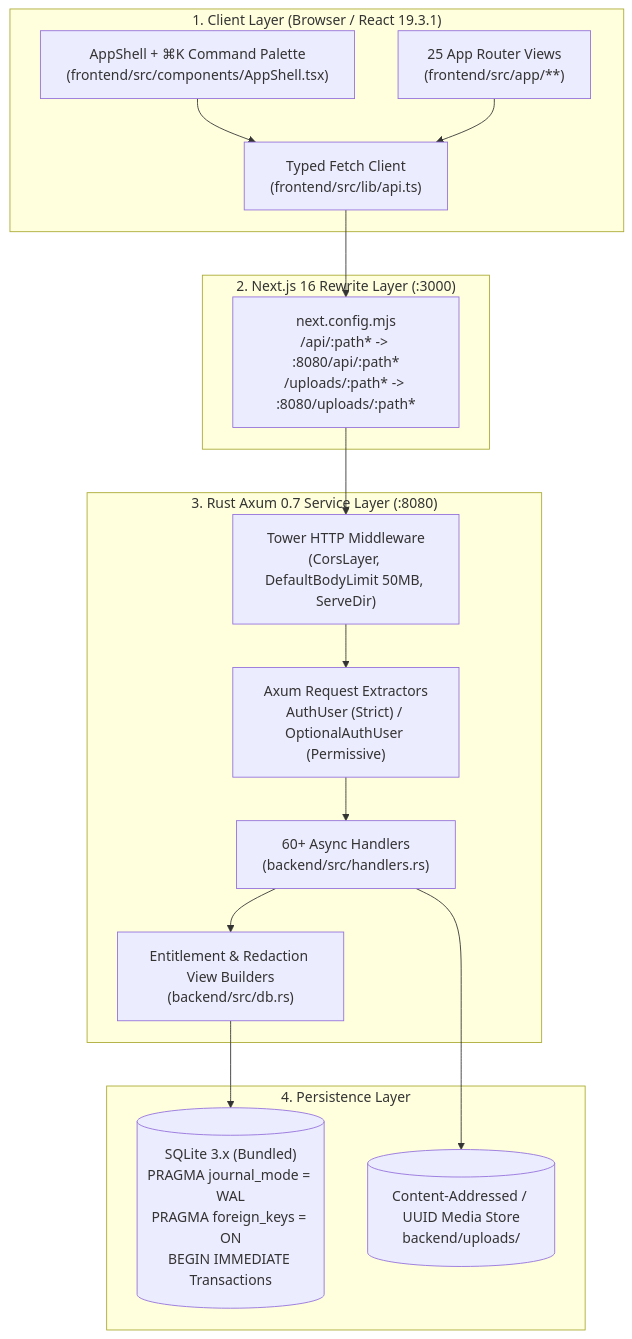
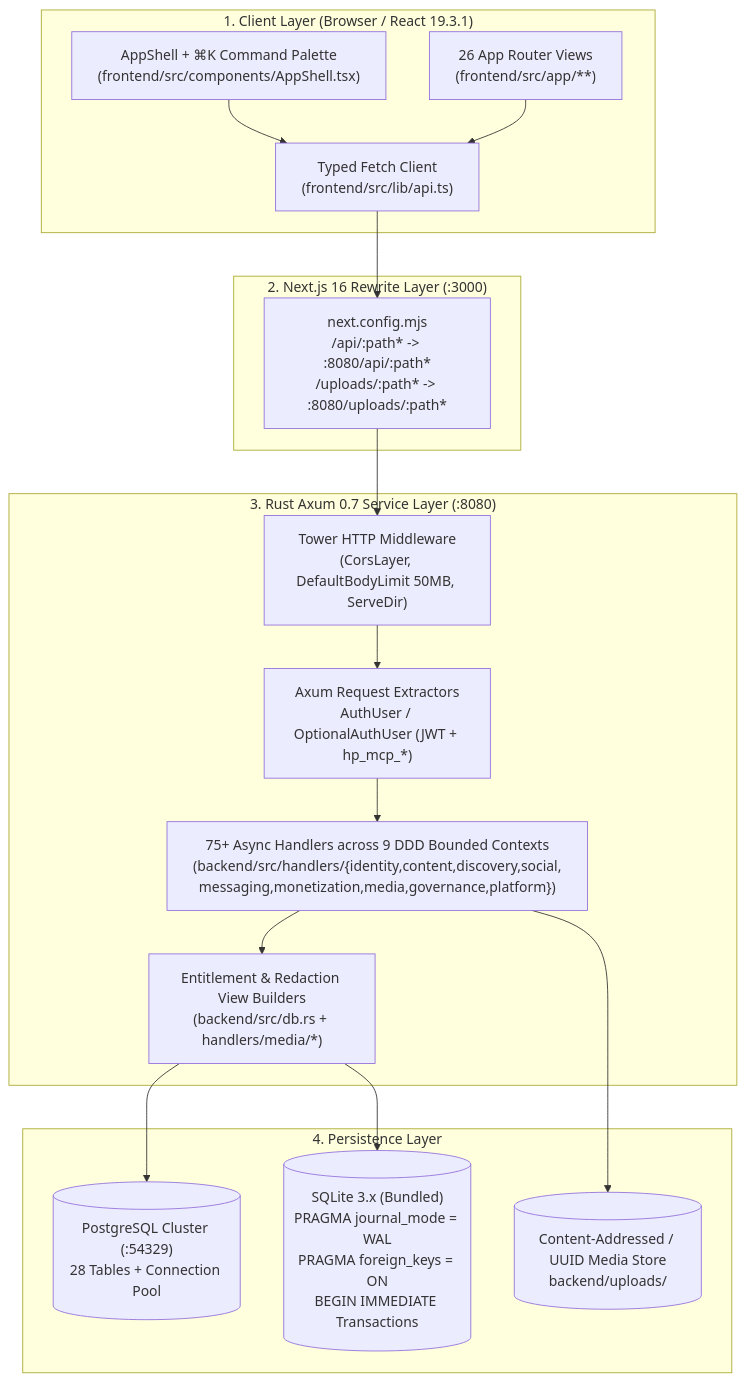
Before and after one commit to CardSorting/HEAV3NS-PUBLISHING: the first of 2 diagrams in docs/papers/003-technical-whitepaper.md, drawn with Mermaid. The commit also changed other lines of this file and 76 other files, not shown here.

Commit message:
refactor(backend,docs): modularize handlers into 9 DDD bounded contexts, add 16-shard Postgres/quota studio, and update v2.5.0 docs

````diff
--- a/docs/papers/003-technical-whitepaper.md
+++ b/docs/papers/003-technical-whitepaper.md
@@ -20,29 +20,30 @@
 ```mermaid
 flowchart TB
     subgraph ClientLayer["1. Client Layer (Browser / React 19.3.1)"]
         AppShell["AppShell + ⌘K Command Palette\n(frontend/src/components/AppShell.tsx)"]
-        Pages["25 App Router Views\n(frontend/src/app/**)"]
+        Pages["26 App Router Views\n(frontend/src/app/**)"]
         ApiClient["Typed Fetch Client\n(frontend/src/lib/api.ts)"]
     end
 
     subgraph EdgeProxy["2. Next.js 16 Rewrite Layer (:3000)"]
         NextConfig["next.config.mjs\n/api/:path* -> :8080/api/:path*\n/uploads/:path* -> :8080/uploads/:path*"]
     end
 
     subgraph RustAPI["3. Rust Axum 0.7 Service Layer (:8080)"]
         Middleware["Tower HTTP Middleware\n(CorsLayer, DefaultBodyLimit 50MB, ServeDir)"]
-        AuthExt["Axum Request Extractors\nAuthUser (Strict) / OptionalAuthUser (Permissive)"]
-        RouteHandlers["60+ Async Handlers\n(backend/src/handlers.rs)"]
-        ViewBuilders["Entitlement & Redaction View Builders\n(backend/src/db.rs)"]
+        AuthExt["Axum Request Extractors\nAuthUser / OptionalAuthUser (JWT + hp_mcp_*)"]
+        RouteHandlers["75+ Async Handlers across 9 DDD Bounded Contexts\n(backend/src/handlers/{identity,content,discovery,social,\nmessaging,monetization,media,governance,platform})"]
+        ViewBuilders["Entitlement & Redaction View Builders\n(backend/src/db.rs + handlers/media/*)"]
     end
 
     subgraph StorageLayer["4. Persistence Layer"]
+        PG[("PostgreSQL Cluster (:54329)\n28 Tables + Connection Pool")]
         SQLiteWAL[("SQLite 3.x (Bundled)\nPRAGMA journal_mode = WAL\nPRAGMA foreign_keys = ON\nBEGIN IMMEDIATE Transactions")]
         MediaFS[("Content-Addressed / UUID Media Store\nbackend/uploads/")]
     end
 
     AppShell & Pages --> ApiClient --> NextConfig --> Middleware
     Middleware --> AuthExt --> RouteHandlers
-    RouteHandlers --> ViewBuilders --> SQLiteWAL
+    RouteHandlers --> ViewBuilders --> PG & SQLiteWAL
     RouteHandlers --> MediaFS
 ```
````
